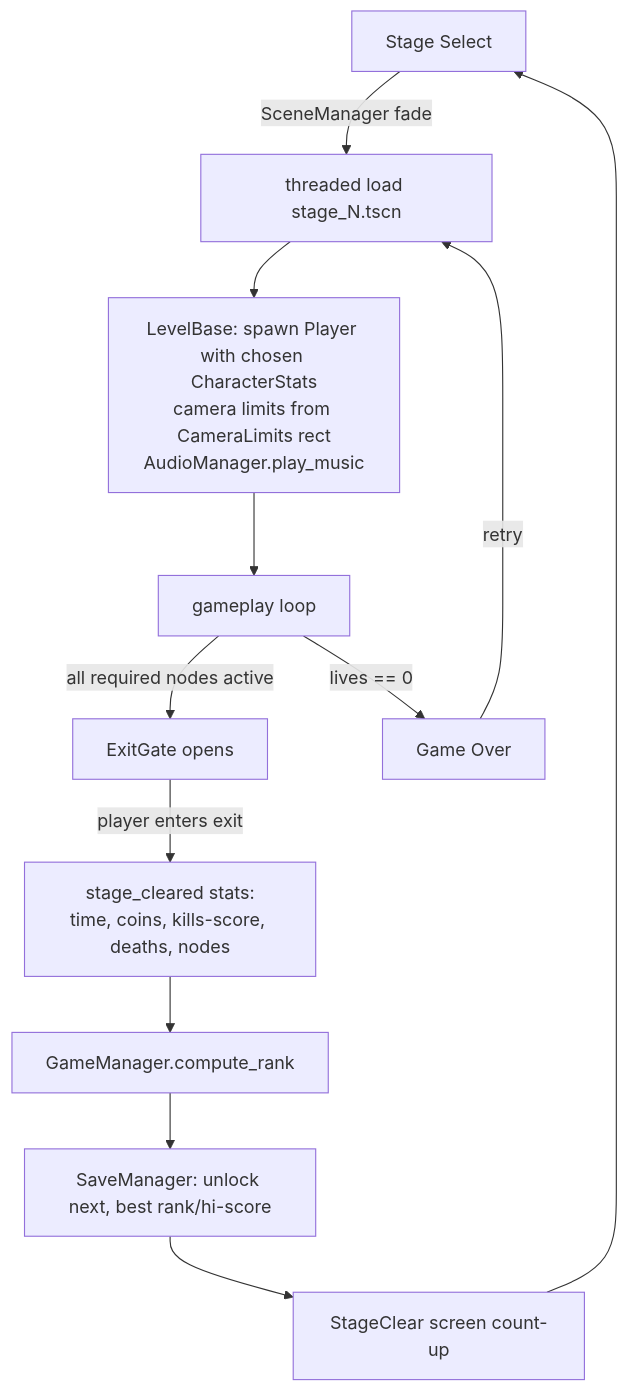
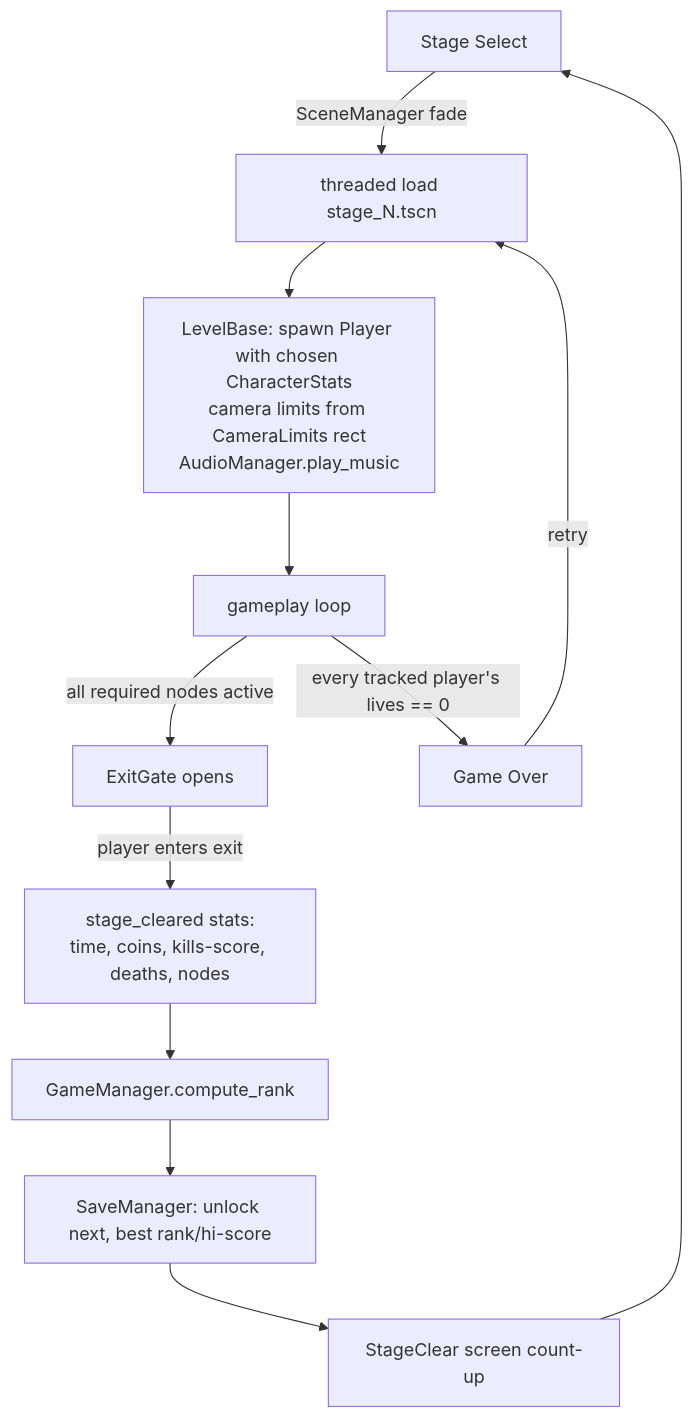
The fifth of 5 diagrams in docs/DATA_FLOW.md (Flam-John/Credia-Guardians), drawn with Mermaid before and after one commit. The commit also changed other lines of this file and 7 other files, not shown here.

First line of the commit message:
fix: review findings - per-player lives concurrency + camera regression

````diff
--- a/docs/DATA_FLOW.md
+++ b/docs/DATA_FLOW.md
@@ -62,13 +62,13 @@
 ```mermaid
 flowchart TD
     SEL[Stage Select] -->|SceneManager fade| LOAD[threaded load stage_N.tscn]
     LOAD --> INIT[LevelBase: spawn Player with chosen CharacterStats<br/>camera limits from CameraLimits rect<br/>AudioManager.play_music]
     INIT --> PLAY[gameplay loop]
     PLAY -->|all required nodes active| GATE[ExitGate opens]
     GATE -->|player enters exit| TALLY[stage_cleared stats:<br/>time, coins, kills-score, deaths, nodes]
     TALLY --> RANK[GameManager.compute_rank]
     RANK --> SAVE[SaveManager: unlock next, best rank/hi-score]
     SAVE --> CLEAR[StageClear screen count-up]
     CLEAR --> SEL
-    PLAY -->|lives == 0| GO[Game Over] -->|retry| LOAD
+    PLAY -->|every tracked player's lives == 0| GO[Game Over] -->|retry| LOAD
 ```
````
